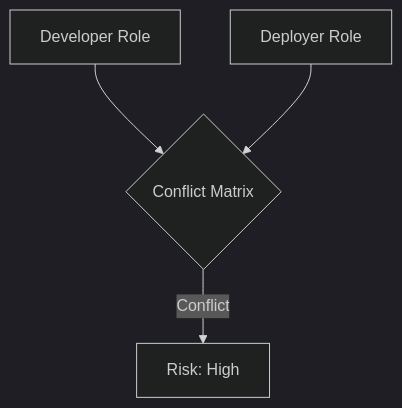
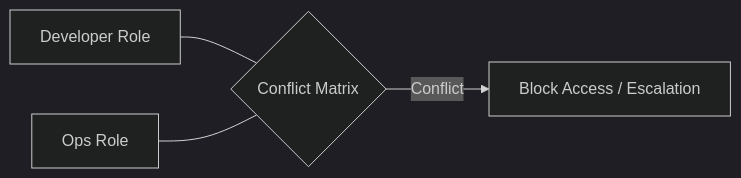
The seventh of 11 diagrams in README.md (Devopstrio/sox-itgc-controls), drawn with Mermaid (dark theme) before and after one commit. The commit also changed other lines of this file, not shown here.

Commit message:
docs: implement 11+ professional architecture diagrams for sox itgc controls

````diff
--- a/README.md
+++ b/README.md
@@ -78,6 +164,6 @@
 ```mermaid
-graph TD
-    Dev[Developer Role] --> Matrix{Conflict Matrix}
-    Deploy[Deployer Role] --> Matrix
-    Matrix -->|Conflict| Warning[Risk: High]
+graph LR
+    Dev["Developer Role"] --- Matrix{"Conflict Matrix"}
+    Ops["Ops Role"] --- Matrix
+    Matrix -->|Conflict| Deny["Block Access / Escalation"]
 ```
````
